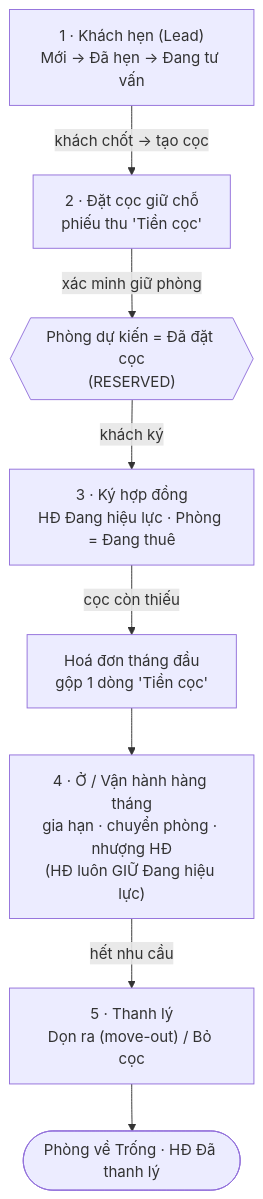
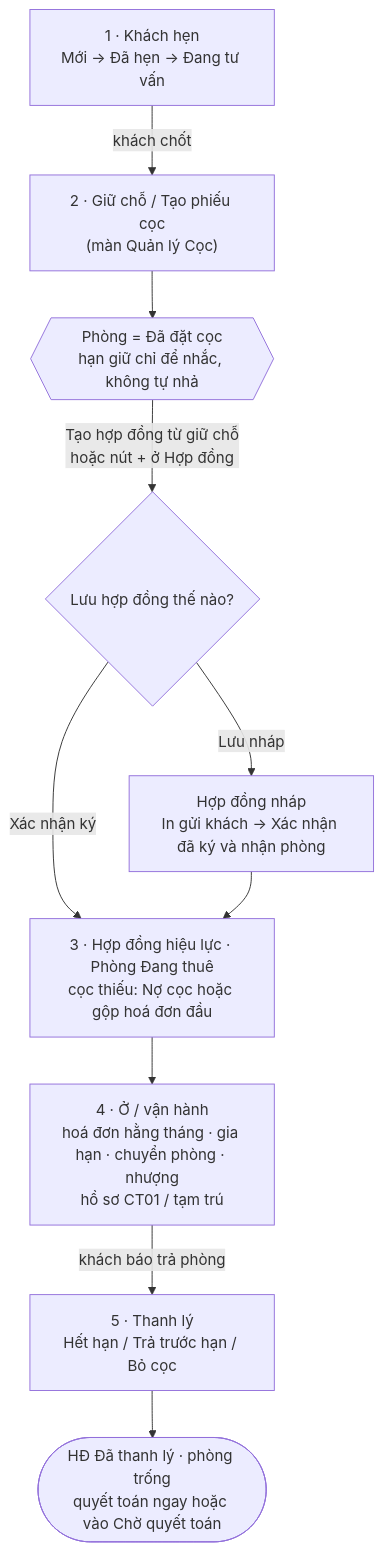
The diagram in docs/huong-dan-su-dung/01-bat-dau/quy-trinh-khach-thue/index.md (zxGreenxz/whiteboard-ihomecrm), drawn with Mermaid before and after one commit. The commit also changed other lines of this file and 347 other files, not shown here.

````diff
--- a/docs/huong-dan-su-dung/01-bat-dau/quy-trinh-khach-thue/index.md
+++ b/docs/huong-dan-su-dung/01-bat-dau/quy-trinh-khach-thue/index.md
@@ -36,10 +27,12 @@
 ```mermaid
 flowchart TD
-  L["1 · Khách hẹn (Lead)<br/>Mới → Đã hẹn → Đang tư vấn"] -->|"khách chốt → tạo cọc"| C["2 · Đặt cọc giữ chỗ<br/>phiếu thu 'Tiền cọc'"]
-  C -->|"xác minh giữ phòng"| R{{"Phòng dự kiến = Đã đặt cọc<br/>(RESERVED)"}}
-  R -->|"khách ký"| K["3 · Ký hợp đồng<br/>HĐ Đang hiệu lực · Phòng = Đang thuê"]
-  K -->|"cọc còn thiếu"| INV["Hoá đơn tháng đầu<br/>gộp 1 dòng 'Tiền cọc'"]
-  INV --> O["4 · Ở / Vận hành hàng tháng<br/>gia hạn · chuyển phòng · nhượng HĐ<br/>(HĐ luôn GIỮ Đang hiệu lực)"]
-  O -->|"hết nhu cầu"| T["5 · Thanh lý<br/>Dọn ra (move-out) / Bỏ cọc"]
-  T --> E(["Phòng về Trống · HĐ Đã thanh lý"])
+  L["1 · Khách hẹn<br/>Mới → Đã hẹn → Đang tư vấn"] -->|"khách chốt"| C["2 · Giữ chỗ / Tạo phiếu cọc<br/>(màn Quản lý Cọc)"]
+  C --> R{{"Phòng = Đã đặt cọc<br/>hạn giữ chỉ để nhắc, không tự nhả"}}
+  R -->|"Tạo hợp đồng từ giữ chỗ<br/>hoặc nút + ở Hợp đồng"| K{"Lưu hợp đồng thế nào?"}
+  K -->|"Lưu nháp"| D["Hợp đồng nháp<br/>In gửi khách → Xác nhận đã ký và nhận phòng"]
+  K -->|"Xác nhận ký"| A["3 · Hợp đồng hiệu lực · Phòng Đang thuê<br/>cọc thiếu: Nợ cọc hoặc gộp hoá đơn đầu"]
+  D --> A
+  A --> O["4 · Ở / vận hành<br/>hoá đơn hằng tháng · gia hạn · chuyển phòng · nhượng<br/>hồ sơ CT01 / tạm trú"]
+  O -->|"khách báo trả phòng"| T["5 · Thanh lý<br/>Hết hạn / Trả trước hạn / Bỏ cọc"]
+  T --> E(["HĐ Đã thanh lý · phòng trống<br/>quyết toán ngay hoặc vào Chờ quyết toán"])
 ```
````
